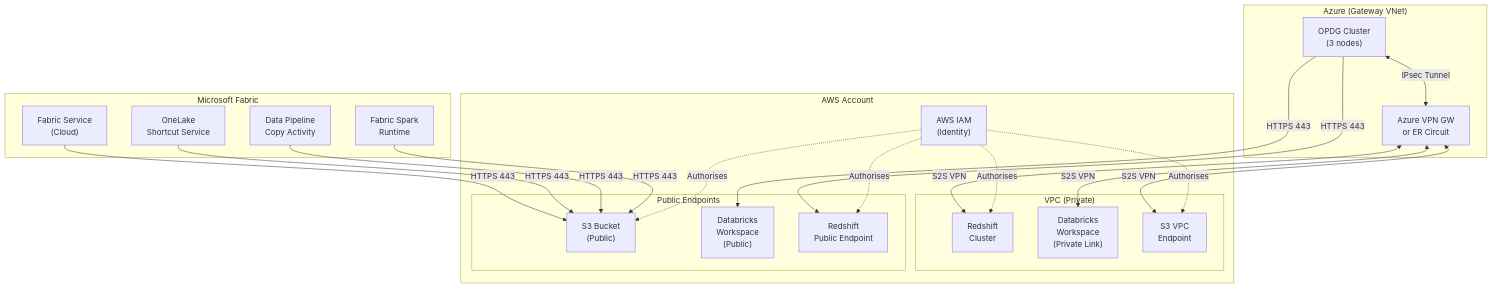
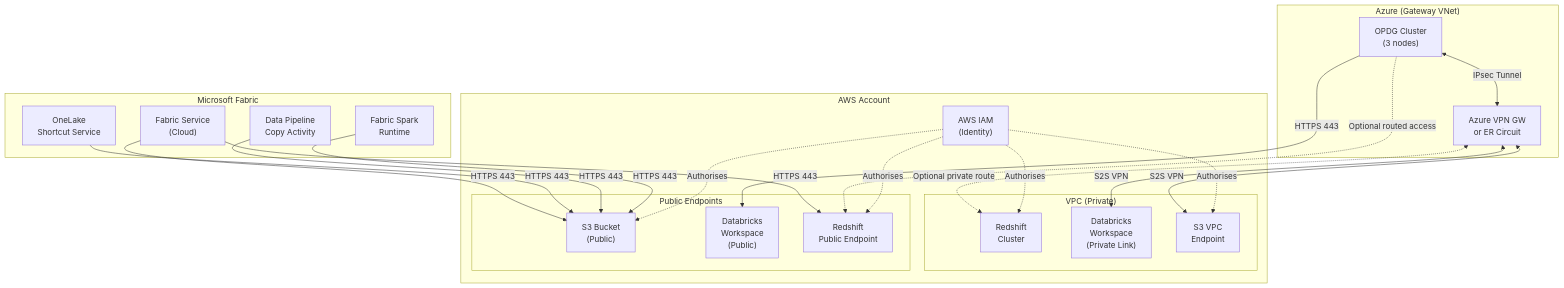
Before and after one commit to cyphou/Fabric-Gateway: the first of 8 diagrams in docs/03-aws-connectivity.md, drawn with Mermaid. The commit also changed other lines of this file and 2 other files, not shown here.

````diff
--- a/docs/03-aws-connectivity.md
+++ b/docs/03-aws-connectivity.md
@@ -108,48 +108,49 @@
 ```mermaid
 graph TB
     subgraph "Microsoft Fabric"
         FAB["Fabric Service\n(Cloud)"]
         SPARK["Fabric Spark\nRuntime"]
         PIPE["Data Pipeline\nCopy Activity"]
         SC["OneLake\nShortcut Service"]
     end
 
     subgraph "Azure (Gateway VNet)"
         VPNGW["Azure VPN GW\nor ER Circuit"]
         OPDG["OPDG Cluster\n(3 nodes)"]
     end
 
     subgraph "AWS Account"
         subgraph "VPC (Private)"
             RS["Redshift\nCluster"]
             DBR_PRIV["Databricks\nWorkspace\n(Private Link)"]
             S3_EP["S3 VPC\nEndpoint"]
         end
         subgraph "Public Endpoints"
             S3_PUB["S3 Bucket\n(Public)"]
             DBR_PUB["Databricks\nWorkspace\n(Public)"]
             RS_PUB["Redshift\nPublic Endpoint"]
         end
         IAM["AWS IAM\n(Identity)"]
     end
 
     %% Private paths
     OPDG <-->|IPsec Tunnel| VPNGW
-    VPNGW <-->|S2S VPN| RS
+    VPNGW <-.->|Optional private route| RS
     VPNGW <-->|S2S VPN| DBR_PRIV
     VPNGW <-->|S2S VPN| S3_EP
 
     %% Public paths
-    OPDG -->|HTTPS 443| RS_PUB
+    FAB -->|HTTPS 443| RS_PUB
+    OPDG -.->|Optional routed access| RS_PUB
     OPDG -->|HTTPS 443| DBR_PUB
     FAB -->|HTTPS 443| S3_PUB
     SC -->|HTTPS 443| S3_PUB
     PIPE -->|HTTPS 443| S3_PUB
     SPARK -->|HTTPS 443| S3_PUB
 
     %% IAM for all
     IAM -.->|Authorises| S3_PUB
     IAM -.->|Authorises| S3_EP
     IAM -.->|Authorises| RS
     IAM -.->|Authorises| RS_PUB
 ```
````
